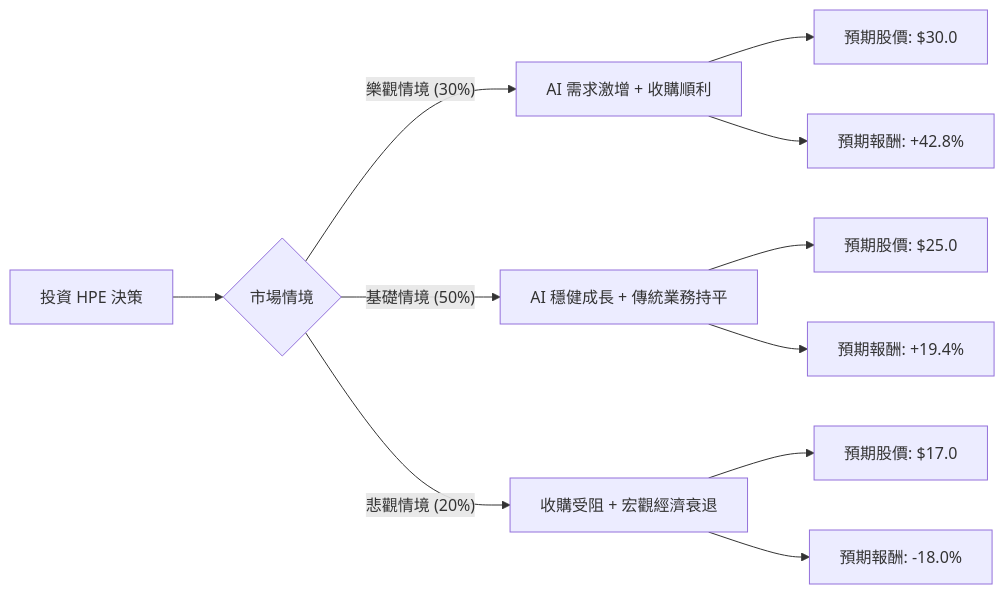
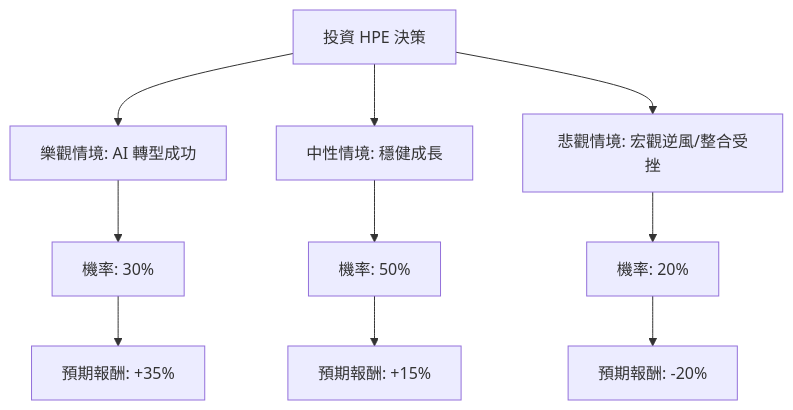
One commit to zmcx16/zmcx16.github.io changed the diagram in plugin-react/ai-analysis/ev-analysis/HPE.md. Above: the diagram before and after it, drawn with Mermaid. The commit also changed other lines of this file and 80 other files, not shown here.

````diff
--- a/plugin-react/ai-analysis/ev-analysis/HPE.md
+++ b/plugin-react/ai-analysis/ev-analysis/HPE.md
@@ -20,17 +20,15 @@
 ```mermaid
-graph LR
-    A[投資 HPE 決策] --> B{市場情境}
+graph TD
+    Start[投資 HPE 決策] --> Bull[樂觀情境: AI 轉型成功]
+    Start --> Base[中性情境: 穩健成長]
+    Start --> Bear[悲觀情境: 宏觀逆風/整合受挫]
+
+    Bull --> BullProb[機率: 30%]
+    BullProb --> BullROI[預期報酬: +35%]
     
-    B -- 樂觀情境 (30%) --> C[AI 需求激增 + 收購順利]
-    B -- 基礎情境 (50%) --> D[AI 穩健成長 + 傳統業務持平]
-    B -- 悲觀情境 (20%) --> E[收購受阻 + 宏觀經濟衰退]
-
-    C --> C1[預期股價: $30.0]
-    C --> C2[預期報酬: +42.8%]
+    Base --> BaseProb[機率: 50%]
+    BaseProb --> BaseROI[預期報酬: +15%]
     
-    D --> D1[預期股價: $25.0]
-    D --> D2[預期報酬: +19.4%]
-    
-    E --> E1[預期股價: $17.0]
-    E --> E2[預期報酬: -18.0%]
+    Bear --> BearProb[機率: 20%]
+    BearProb --> BearROI[預期報酬: -20%]
 ```
````
